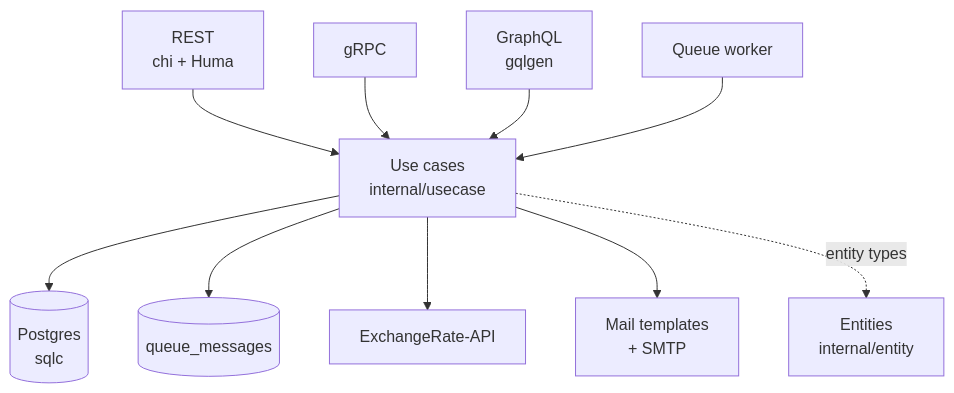
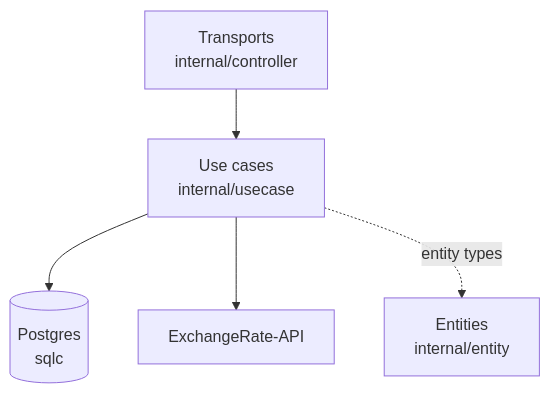
The diagram in docs/architecture.md (m7medVision/go-clean-template), drawn with Mermaid before and after one commit. The commit also changed other lines of this file and 133 other files, not shown here.

````diff
--- a/docs/architecture.md
+++ b/docs/architecture.md
@@ -14,12 +14,7 @@
 ```mermaid
 flowchart TB
-  REST["REST<br/>chi + Huma"] --> UC
-  GRPC["gRPC"] --> UC
-  GQL["GraphQL<br/>gqlgen"] --> UC
-  WRK["Queue worker"] --> UC
+  T["Transports<br/>internal/controller"] --> UC
   UC["Use cases<br/>internal/usecase"] --> PG[("Postgres<br/>sqlc")]
-  UC --> Q[("queue_messages")]
   UC --> API["ExchangeRate-API"]
-  UC --> MAIL["Mail templates<br/>+ SMTP"]
   UC -. "entity types" .-> E["Entities<br/>internal/entity"]
 ```
````
